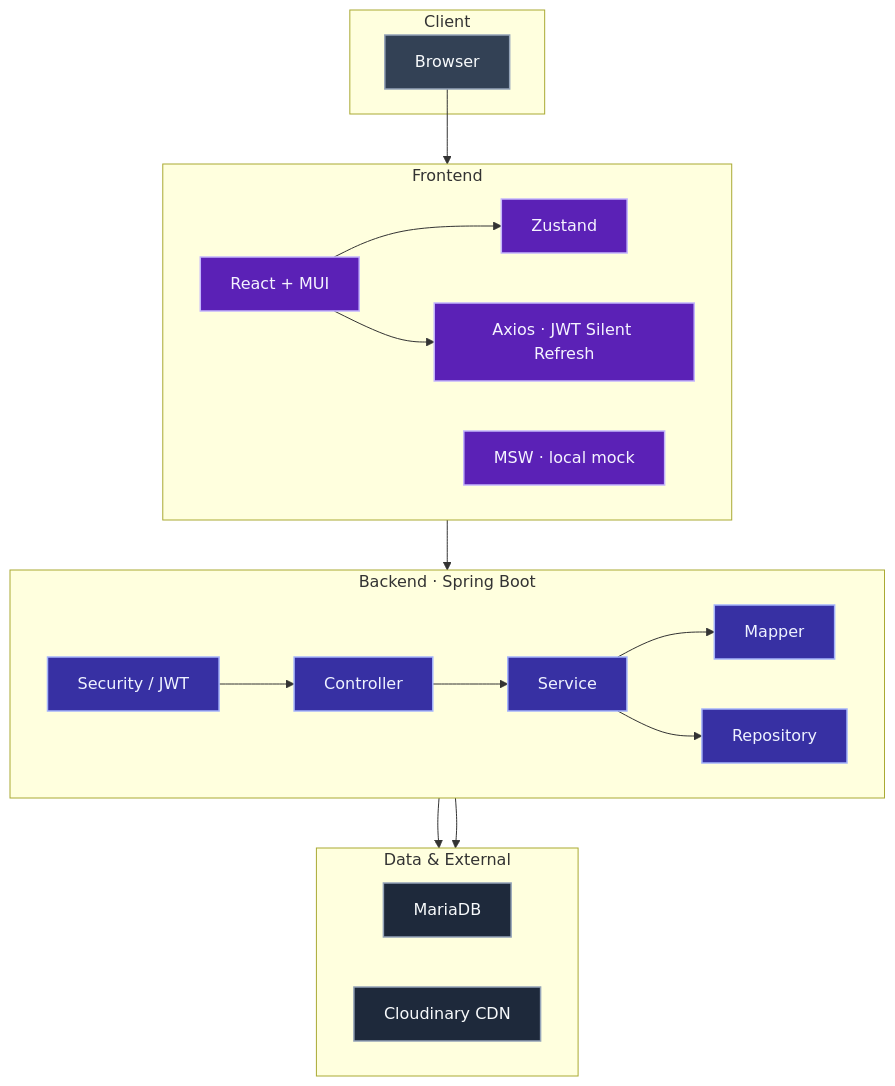
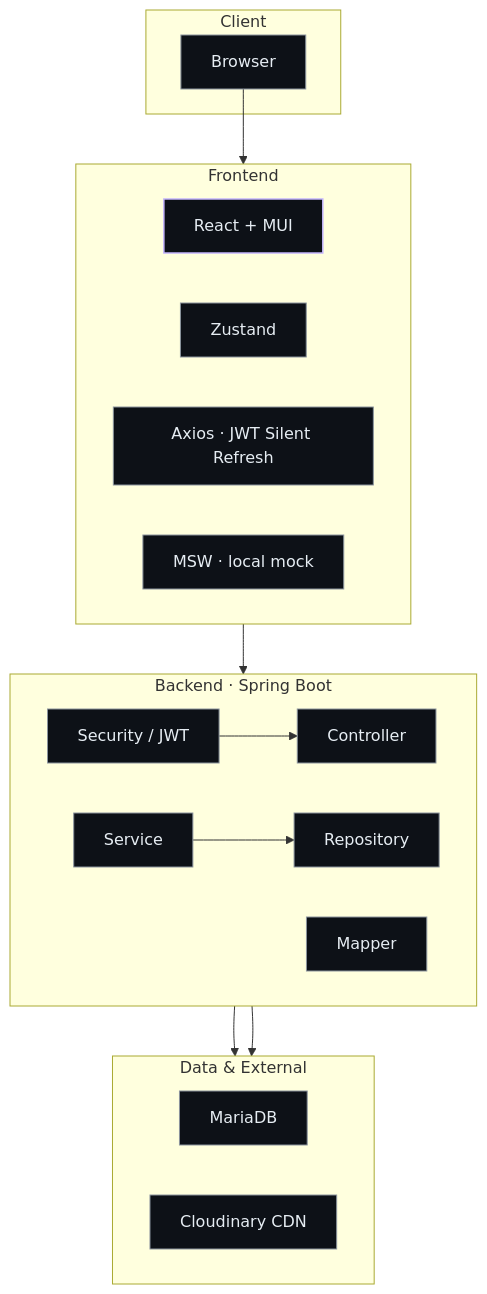
Before and after one commit to Hyeonseok93/SK-Rookies5-MINI2_MATE: the diagram in README.md, drawn with Mermaid.

Commit message:
Tone down Mermaid fills for a cleaner architecture diagram.

````diff
--- a/README.md
+++ b/README.md
@@ -344,45 +344,39 @@
 ```mermaid
 flowchart TB
-  classDef client fill:#334155,stroke:#94A3B8,color:#F8FAFC,stroke-width:1.5px
-  classDef fe fill:#5B21B6,stroke:#C4B5FD,color:#F5F3FF,stroke-width:1.5px
-  classDef be fill:#3730A3,stroke:#A5B4FC,color:#EEF2FF,stroke-width:1.5px
-  classDef data fill:#1E293B,stroke:#94A3B8,color:#F8FAFC,stroke-width:1.5px
+  classDef node fill:#0D1117,stroke:#8B949E,color:#E6EDF3,stroke-width:1px
+  classDef accent fill:#0D1117,stroke:#C4B5FD,color:#E6EDF3,stroke-width:1.5px
 
   subgraph Client
-    Browser:::client
+    Browser:::node
   end
 
   subgraph Frontend
     direction LR
-    React["React + MUI"]:::fe
-    Zustand:::fe
-    Axios["Axios · JWT Silent Refresh"]:::fe
-    MSW["MSW · local mock"]:::fe
+    React["React + MUI"]:::accent
+    Zustand:::node
+    Axios["Axios · JWT Silent Refresh"]:::node
+    MSW["MSW · local mock"]:::node
   end
 
   subgraph Backend["Backend · Spring Boot"]
     direction LR
-    Controller:::be
-    Security["Security / JWT"]:::be
-    Service:::be
-    Mapper:::be
-    Repository:::be
+    Controller:::node
+    Security["Security / JWT"]:::node
+    Service:::node
+    Mapper:::node
+    Repository:::node
   end
 
   subgraph Data["Data & External"]
     direction LR
-    MariaDB:::data
-    Cloudinary["Cloudinary CDN"]:::data
+    MariaDB:::node
+    Cloudinary["Cloudinary CDN"]:::node
   end
 
   Browser --> React
-  React --> Zustand
-  React --> Axios
   Axios --> Security
   Security --> Controller
-  Controller --> Service
-  Service --> Mapper
   Service --> Repository
   Repository --> MariaDB
   Service --> Cloudinary
 ```
````
